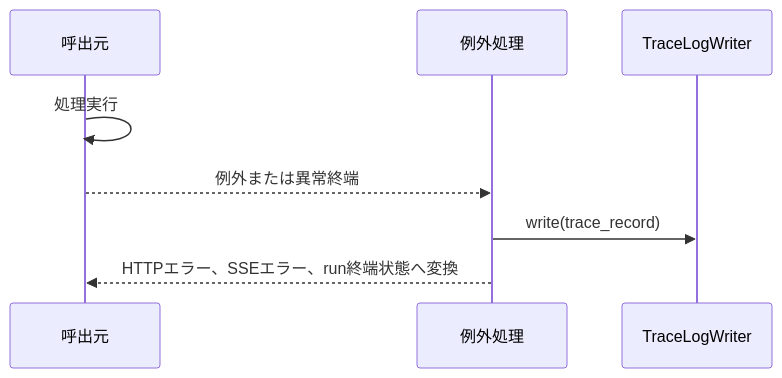
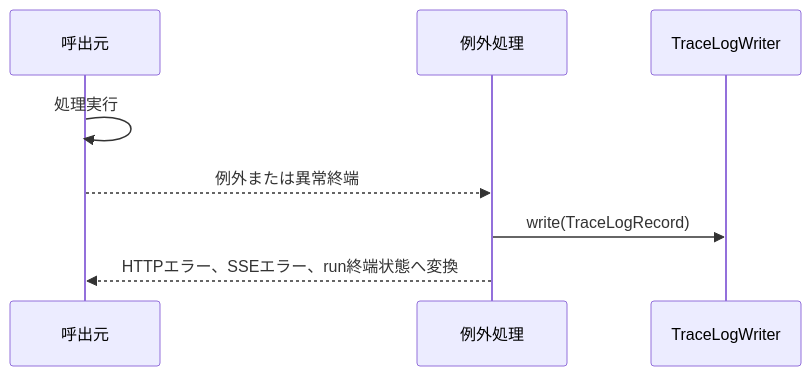
One commit to mincsys/D-Concierge changed the diagram in docs/03_内部設計/03_内部IF設計/トレースログIF.md. Above: the diagram before and after it, drawn with Mermaid. The commit also changed other lines of this file and 18 other files, not shown here.

````diff
--- a/docs/03_内部設計/03_内部IF設計/トレースログIF.md
+++ b/docs/03_内部設計/03_内部IF設計/トレースログIF.md
@@ -26,11 +33,11 @@
 ```mermaid
 sequenceDiagram
     participant caller as 呼出元
     participant handler as 例外処理
     participant logger as TraceLogWriter
 
     caller->>caller: 処理実行
     caller-->>handler: 例外または異常終端
-    handler->>logger: write(trace_record)
+    handler->>logger: write(TraceLogRecord)
     handler-->>caller: HTTPエラー、SSEエラー、run終端状態へ変換
 ```
````
